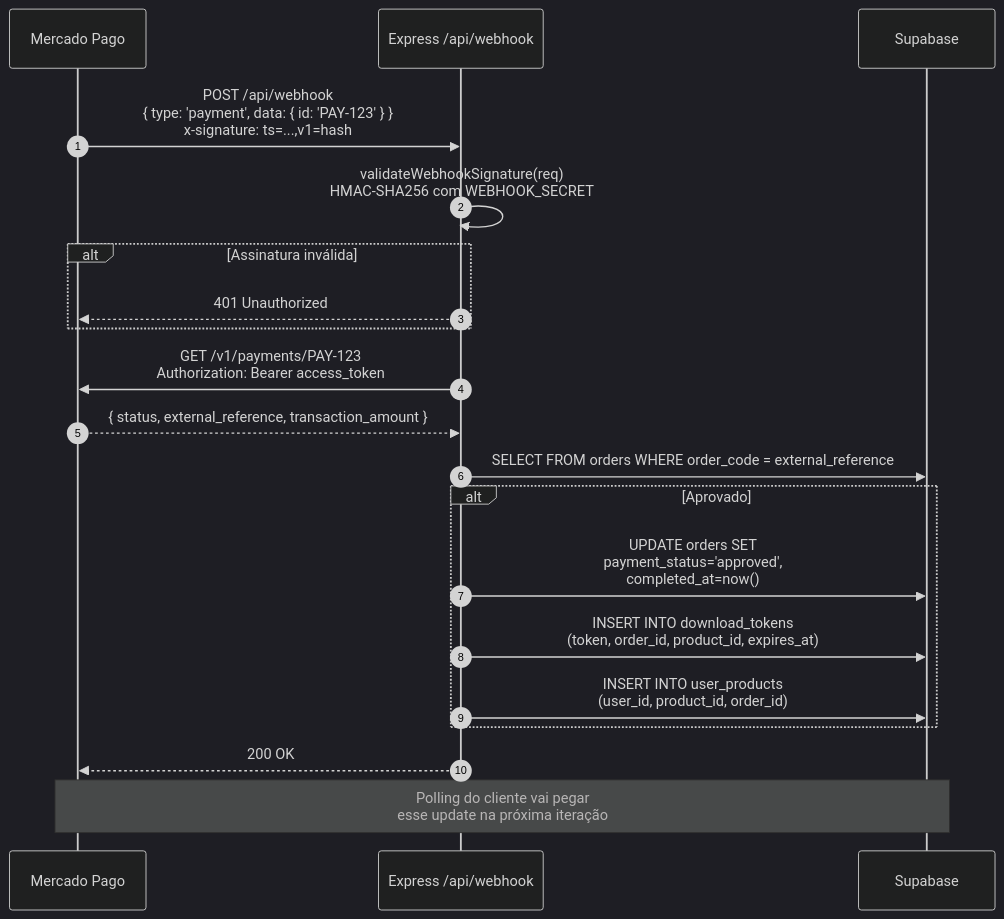
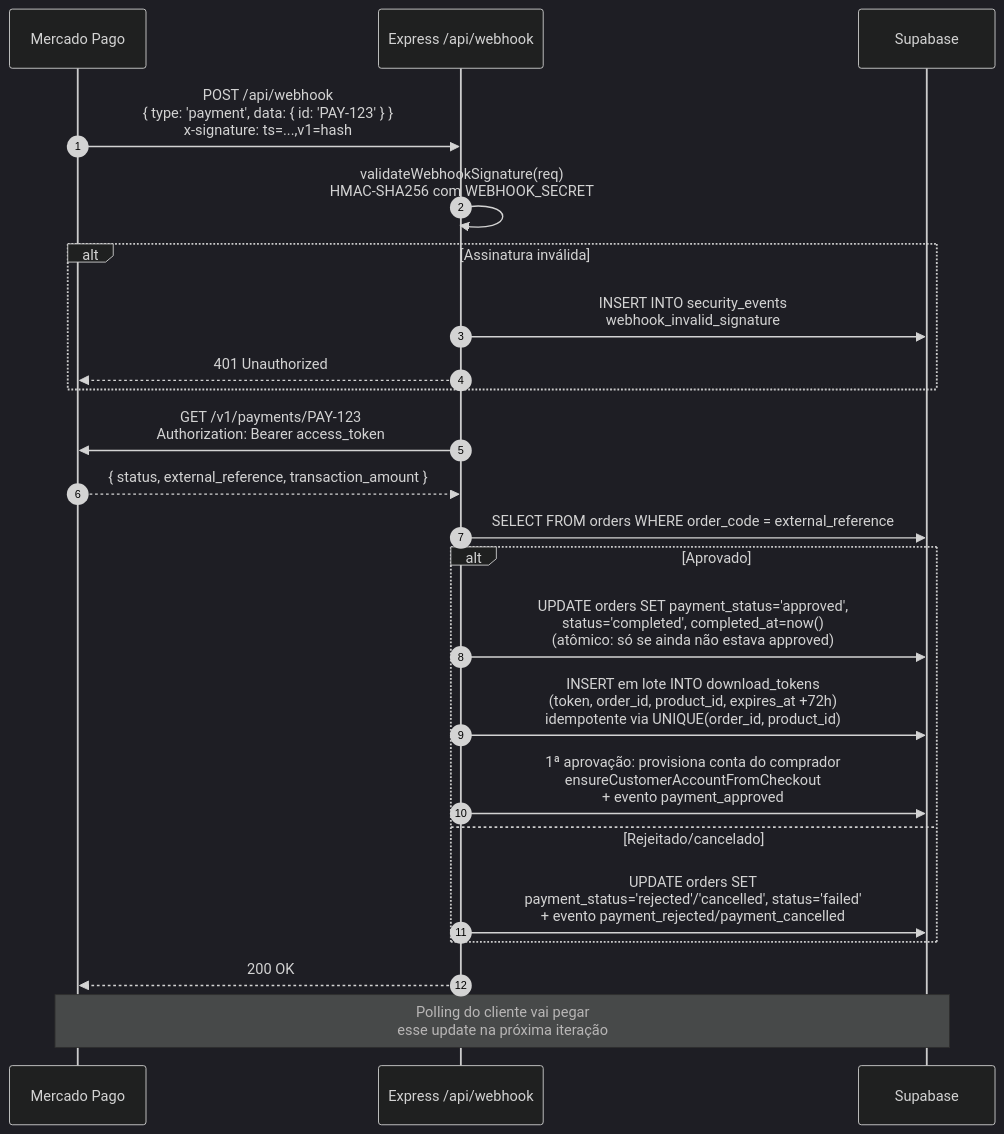
One commit to JoaoLuisC/Atelie-escolar changed the fifth of 6 diagrams in docs/FLOWS.md. Above: the diagram before and after it, drawn with Mermaid (dark theme). The commit also changed other lines of this file and 158 other files, not shown here.

````diff
--- a/docs/FLOWS.md
+++ b/docs/FLOWS.md
@@ -162,23 +168,26 @@
 ```mermaid
 sequenceDiagram
     autonumber
     participant MP as Mercado Pago
     participant API as Express /api/webhook
     participant DB as Supabase
 
     MP->>API: POST /api/webhook<br/>{ type: 'payment', data: { id: 'PAY-123' } }<br/>x-signature: ts=...,v1=hash
     API->>API: validateWebhookSignature(req)<br/>HMAC-SHA256 com WEBHOOK_SECRET
     alt Assinatura inválida
+        API->>DB: INSERT INTO security_events<br/>webhook_invalid_signature
         API-->>MP: 401 Unauthorized
     end
     API->>MP: GET /v1/payments/PAY-123<br/>Authorization: Bearer access_token
     MP-->>API: { status, external_reference, transaction_amount }
     API->>DB: SELECT FROM orders WHERE order_code = external_reference
     alt Aprovado
-        API->>DB: UPDATE orders SET<br/>payment_status='approved',<br/>completed_at=now()
-        API->>DB: INSERT INTO download_tokens<br/>(token, order_id, product_id, expires_at)
-        API->>DB: INSERT INTO user_products<br/>(user_id, product_id, order_id)
+        API->>DB: UPDATE orders SET payment_status='approved',<br/>status='completed', completed_at=now()<br/>(atômico: só se ainda não estava approved)
+        API->>DB: INSERT em lote INTO download_tokens<br/>(token, order_id, product_id, expires_at +72h)<br/>idempotente via UNIQUE(order_id, product_id)
+        API->>DB: 1ª aprovação: provisiona conta do comprador<br/>ensureCustomerAccountFromCheckout<br/>+ evento payment_approved
+    else Rejeitado/cancelado
+        API->>DB: UPDATE orders SET<br/>payment_status='rejected'/'cancelled', status='failed'<br/>+ evento payment_rejected/payment_cancelled
     end
     API-->>MP: 200 OK
     Note over MP,DB: Polling do cliente vai pegar<br/>esse update na próxima iteração
 ```
````
